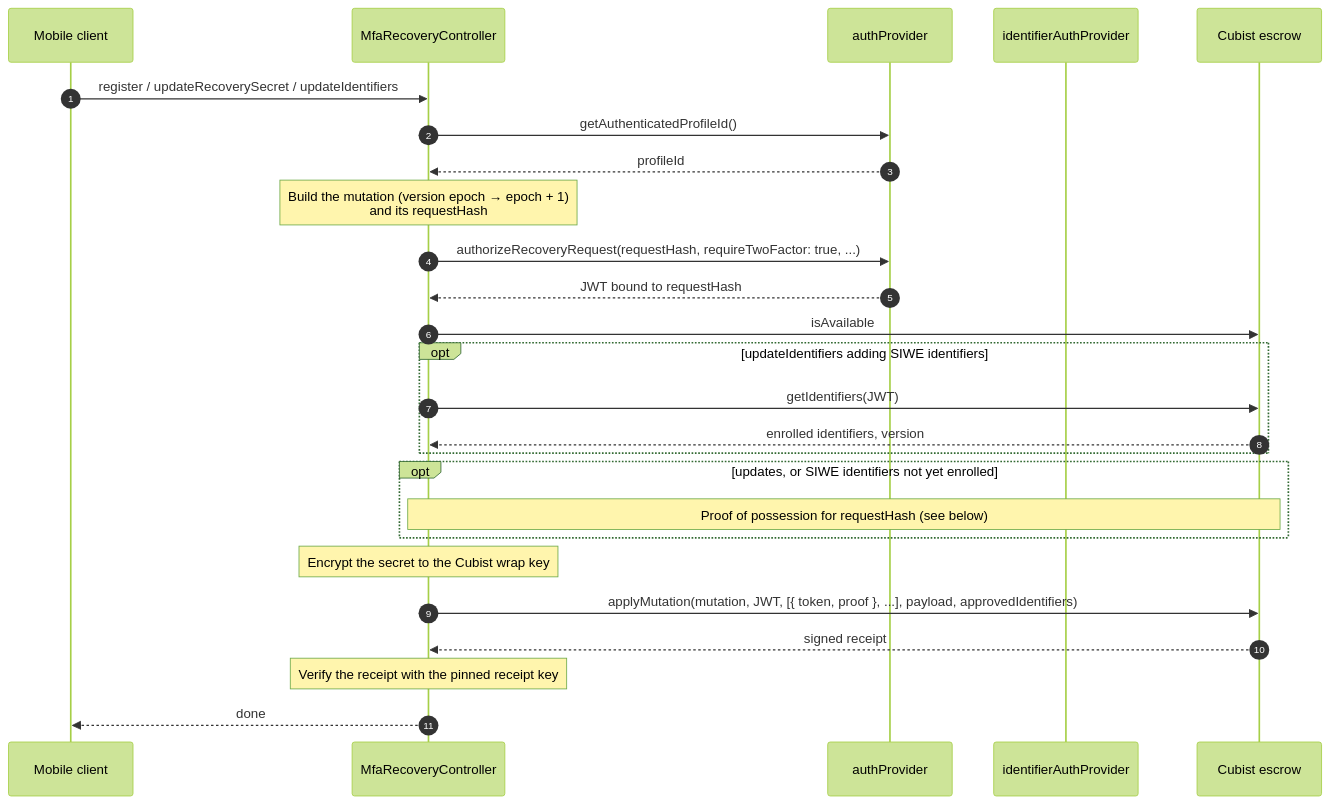
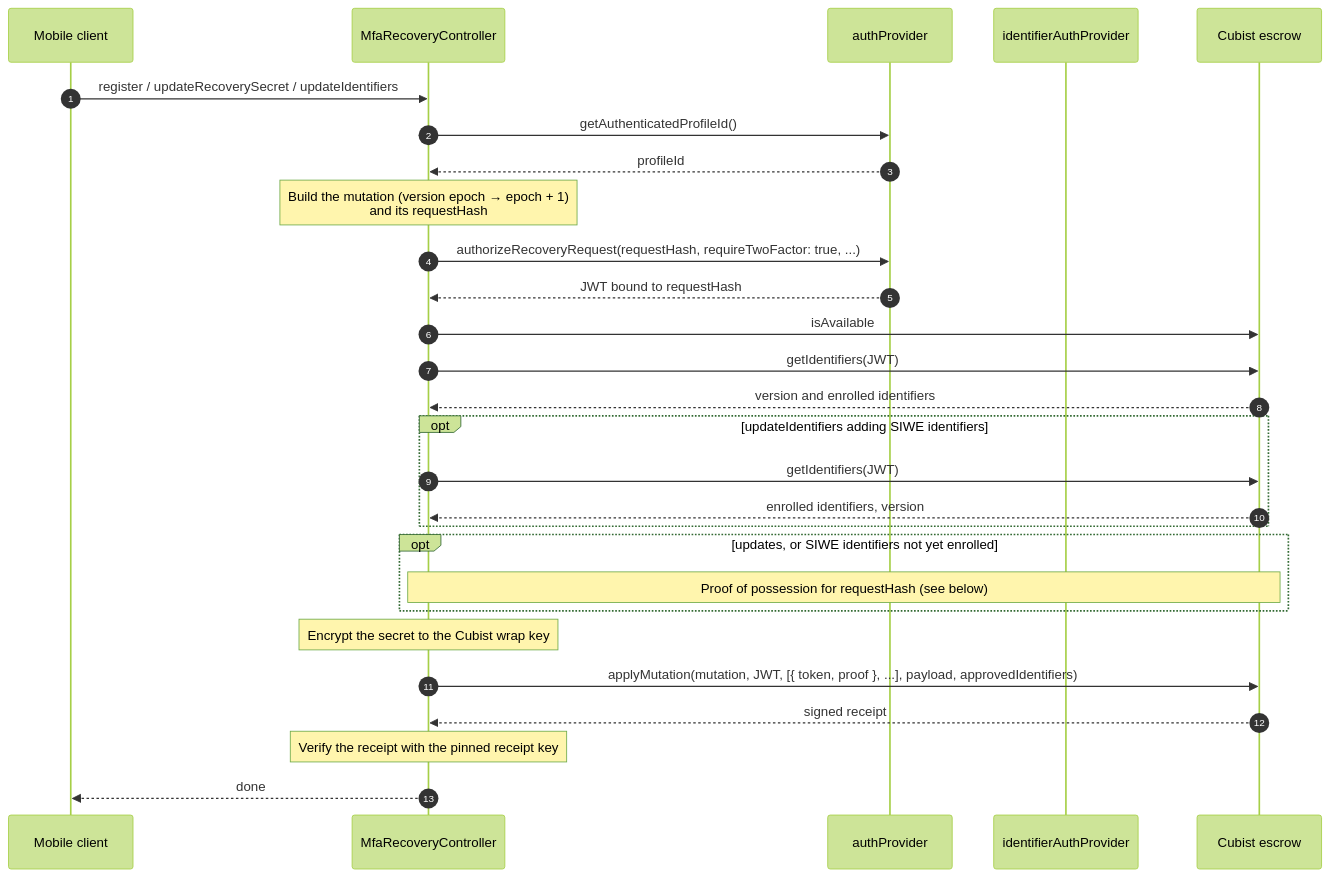
Before and after one commit to MetaMask/controllers: the second of 3 diagrams in packages/mfa-recovery-controller/CUBIST_TEST_SEQUENCE.md, drawn with Mermaid (forest theme). The commit also changed other lines of this file and 9 other files, not shown here.

````diff
--- a/packages/mfa-recovery-controller/CUBIST_TEST_SEQUENCE.md
+++ b/packages/mfa-recovery-controller/CUBIST_TEST_SEQUENCE.md
@@ -57,31 +57,33 @@
 ```mermaid
 sequenceDiagram
   autonumber
   participant Mobile as Mobile client
   participant C as MfaRecoveryController
   participant Auth as authProvider
   participant Id as identifierAuthProvider
   participant Cubist as Cubist escrow
 
   Mobile->>C: register / updateRecoverySecret / updateIdentifiers
   C->>Auth: getAuthenticatedProfileId()
   Auth-->>C: profileId
   Note over C: Build the mutation (version epoch → epoch + 1)<br/>and its requestHash
   C->>Auth: authorizeRecoveryRequest(requestHash, requireTwoFactor: true, ...)
   Auth-->>C: JWT bound to requestHash
   C->>Cubist: isAvailable
 
+  C->>Cubist: getIdentifiers(JWT)
+  Cubist-->>C: version and enrolled identifiers
   opt updateIdentifiers adding SIWE identifiers
     C->>Cubist: getIdentifiers(JWT)
     Cubist-->>C: enrolled identifiers, version
   end
   opt updates, or SIWE identifiers not yet enrolled
     Note over C,Cubist: Proof of possession for requestHash (see below)
   end
 
   Note over C: Encrypt the secret to the Cubist wrap key
   C->>Cubist: applyMutation(mutation, JWT, [{ token, proof }, ...], payload, approvedIdentifiers)
   Cubist-->>C: signed receipt
   Note over C: Verify the receipt with the pinned receipt key
   C-->>Mobile: done
 ```
````
